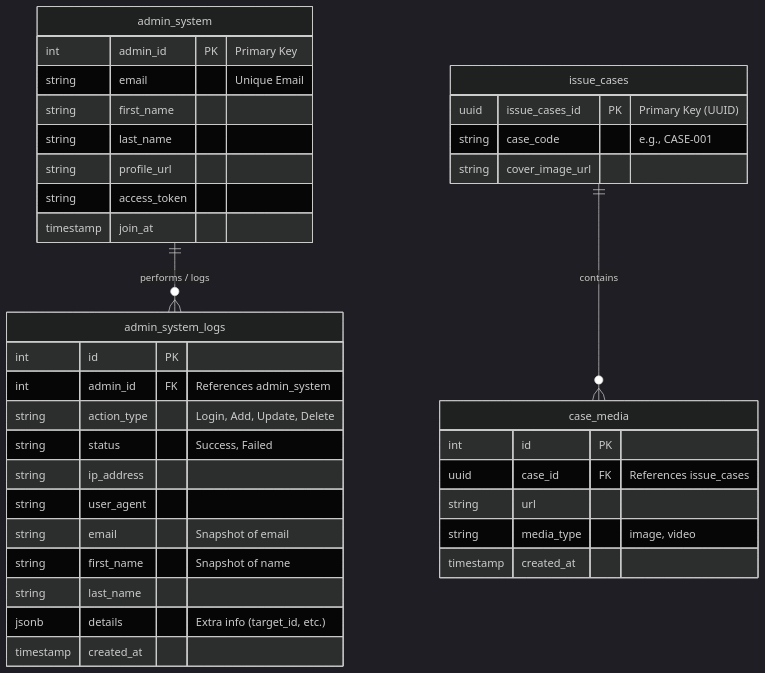
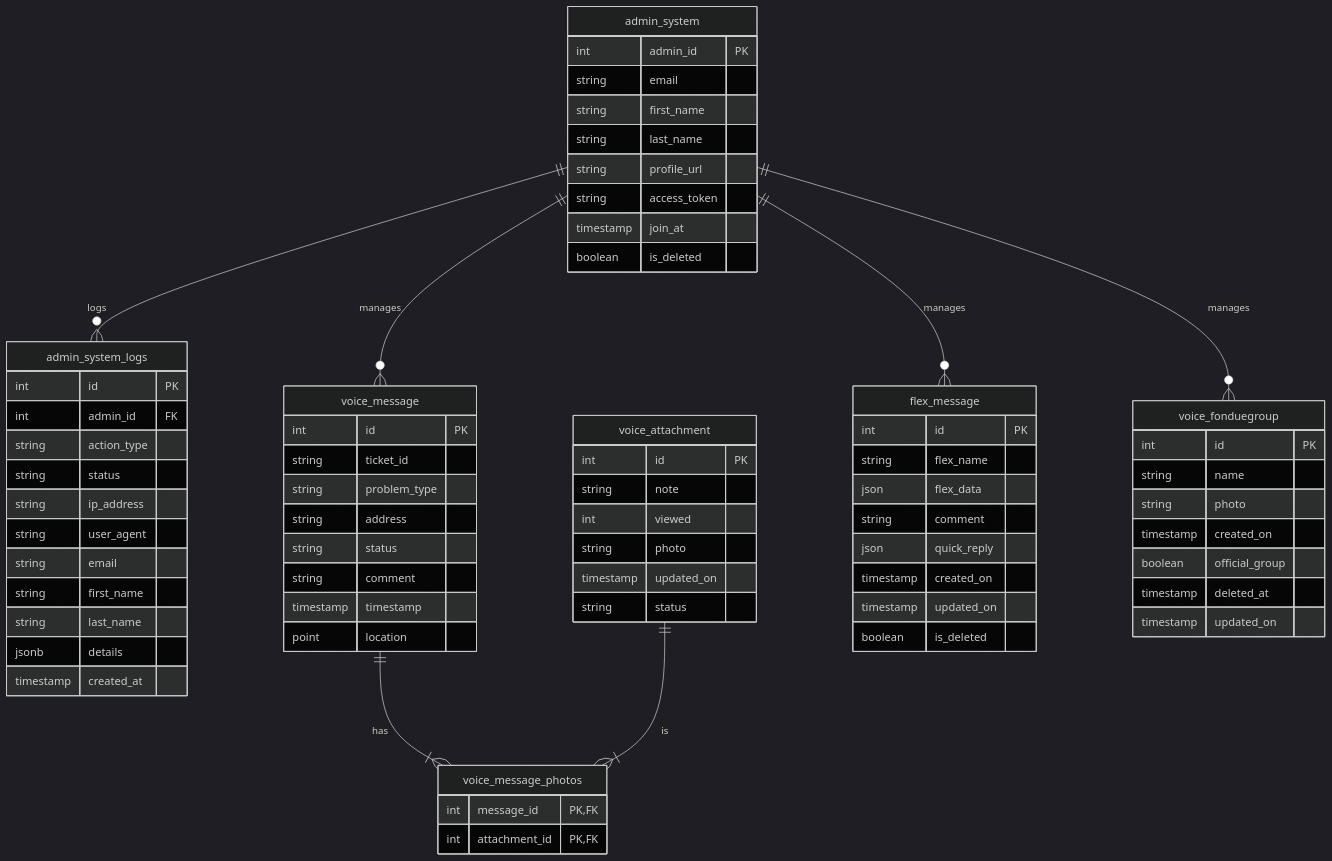
The first of 2 diagrams in README.md (TanedW/internal_web_API), drawn with Mermaid (dark theme) before and after one commit.

Commit message:
docs: update ER diagram and file dependencies in README

````diff
--- a/README.md
+++ b/README.md
@@ -10,47 +10,81 @@
   layout: dagre
 ---
 erDiagram
-    %% Admin System Tables
     admin_system {
-        int admin_id PK "Primary Key"
-        string email "Unique Email"
+        int admin_id PK
+        string email
         string first_name
         string last_name
         string profile_url
         string access_token
         timestamp join_at
+        boolean is_deleted
     }
 
     admin_system_logs {
         int id PK
-        int admin_id FK "References admin_system"
-        string action_type "Login, Add, Update, Delete"
-        string status "Success, Failed"
+        int admin_id FK
+        string action_type
+        string status
         string ip_address
         string user_agent
-        string email "Snapshot of email"
-        string first_name "Snapshot of name"
+        string email
+        string first_name
         string last_name
-        jsonb details "Extra info (target_id, etc.)"
+        jsonb details
         timestamp created_at
     }
 
-    %% Case Management Tables
-    issue_cases {
-        uuid issue_cases_id PK "Primary Key (UUID)"
-        string case_code "e.g., CASE-001"
-        string cover_image_url
+    voice_message {
+        int id PK
+        string ticket_id
+        string problem_type
+        string address
+        string status
+        string comment
+        timestamp timestamp
+        point location
     }
 
-    case_media {
+    voice_attachment {
         int id PK
-        uuid case_id FK "References issue_cases"
-        string url
-        string media_type "image, video"
-        timestamp created_at
+        string note
+        int viewed
+        string photo
+        timestamp updated_on
+        string status
     }
 
-    %% Relationships
-    admin_system ||--o{ admin_system_logs : "performs / logs"
-    issue_cases ||--o{ case_media : "contains"
+    voice_message_photos {
+        int message_id PK, FK
+        int attachment_id PK, FK
+    }
+
+    flex_message {
+        int id PK
+        string flex_name
+        json flex_data
+        string comment
+        json quick_reply
+        timestamp created_on
+        timestamp updated_on
+        boolean is_deleted
+    }
+
+    voice_fonduegroup {
+        int id PK
+        string name
+        string photo
+        timestamp created_on
+        boolean official_group
+        timestamp deleted_at
+        timestamp updated_on
+    }
+
+    admin_system ||--o{ admin_system_logs : "logs"
+    voice_message ||--|{ voice_message_photos : "has"
+    voice_attachment ||--|{ voice_message_photos : "is"
+    admin_system ||--o{ flex_message : "manages"
+    admin_system ||--o{ voice_fonduegroup : "manages"
+    admin_system ||--o{ voice_message : "manages"
 ```
````
